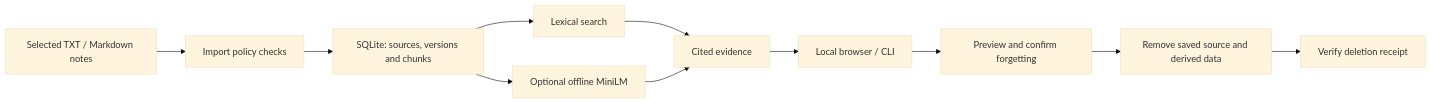
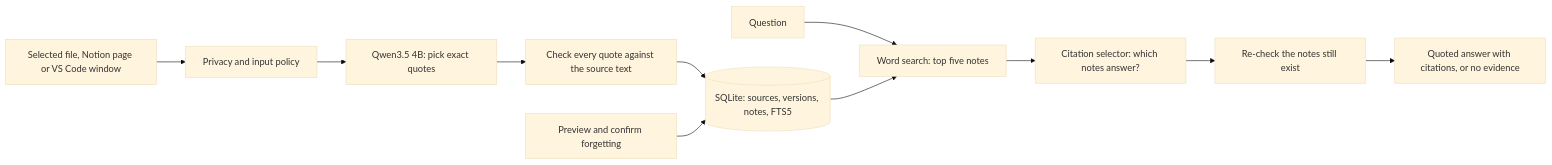
Before and after one commit to Anm0l-17/NEUROBRAIN: the diagram in README.md, drawn with Mermaid (base theme). The commit also changed other lines of this file, not shown here.

Commit message:
README: current pipeline, one-command start, selector, retrieval and limits

````diff
--- a/README.md
+++ b/README.md
@@ -45,13 +45,13 @@
 ```mermaid
 flowchart LR
-    A[Selected TXT / Markdown notes] --> B[Import policy checks]
-    B --> C[SQLite: sources, versions and chunks]
-    C --> D[Lexical search]
-    C --> E[Optional offline MiniLM]
-    D --> F[Cited evidence]
-    E --> F
-    F --> G[Local browser / CLI]
-    G --> H[Preview and confirm forgetting]
-    H --> I[Remove saved source and derived data]
-    I --> J[Verify deletion receipt]
+    A[Selected file, Notion page or VS Code window] --> B[Privacy and input policy]
+    B --> C[Qwen3.5 4B: pick exact quotes]
+    C --> D[Check every quote against the source text]
+    D --> E[(SQLite: sources, versions, notes, FTS5)]
+    Q[Question] --> R[Word search: top five notes]
+    E --> R
+    R --> S[Citation selector: which notes answer?]
+    S --> T[Re-check the notes still exist]
+    T --> U[Quoted answer with citations, or no evidence]
+    F[Preview and confirm forgetting] --> E
 ```
````
